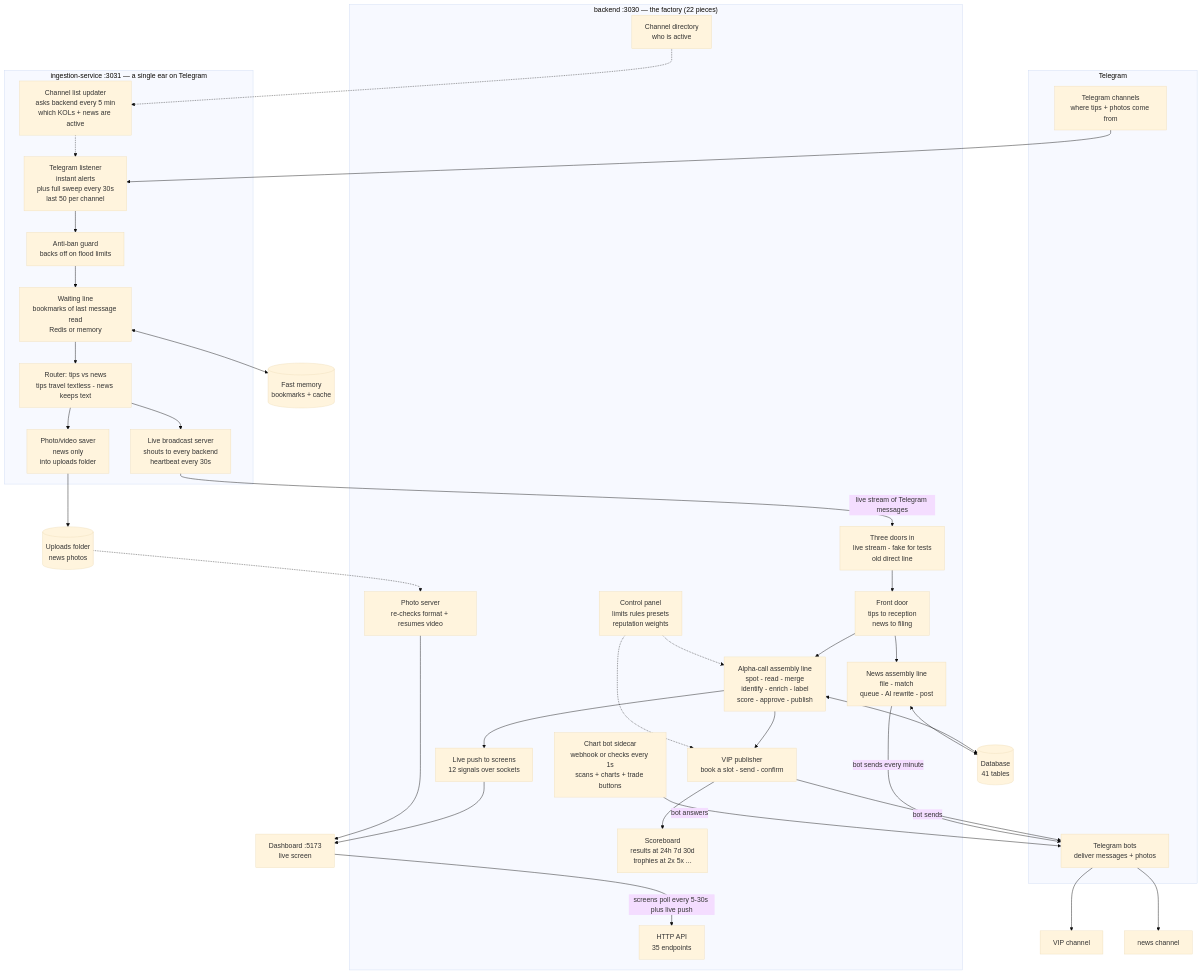
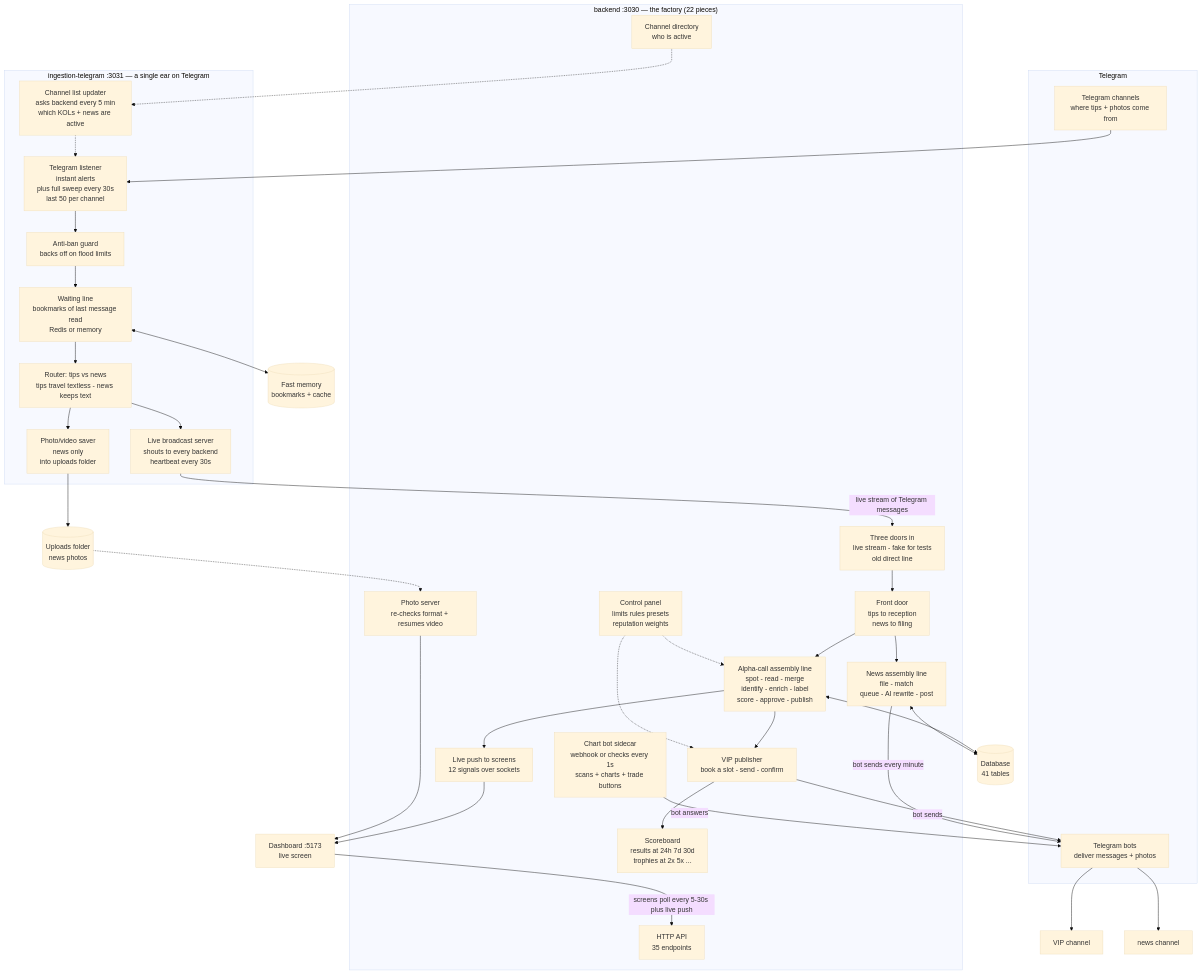
One commit to bryanstevensacosta/onchain-bot changed the first of 5 diagrams in README.md. Above: the diagram before and after it, drawn with Mermaid (base theme). The commit also changed other lines of this file and 362 other files, not shown here.

First line of the commit message:
chore(ingestion): rename ingestion-service to ingestion-telegram (#231)

````diff
--- a/README.md
+++ b/README.md
@@ -89,59 +89,59 @@
 ```mermaid
 flowchart TB
     subgraph TG["Telegram"]
         MT["Telegram channels<br/>where tips + photos come from"]
         BOT["Telegram bots<br/>deliver messages + photos"]
     end
 
-    subgraph ING["ingestion-service :3031 — a single ear on Telegram"]
+    subgraph ING["ingestion-telegram :3031 — a single ear on Telegram"]
         CHPROV["Channel list updater<br/>asks backend every 5 min<br/>which KOLs + news are active"]
         LIS["Telegram listener<br/>instant alerts<br/>plus full sweep every 30s<br/>last 50 per channel"]
         SAFE["Anti-ban guard<br/>backs off on flood limits"]
         Q["Waiting line<br/>bookmarks of last message read<br/>Redis or memory"]
         COORD["Router: tips vs news<br/>tips travel textless - news keeps text"]
         MEDIA["Photo/video saver<br/>news only<br/>into uploads folder"]
         SSE["Live broadcast server<br/>shouts to every backend<br/>heartbeat every 30s"]
     end
 
     subgraph BE["backend :3030 — the factory (22 pieces)"]
         MODE["Three doors in<br/>live stream - fake for tests<br/>old direct line"]
         ICOORD["Front door<br/>tips to reception<br/>news to filing"]
         PIPE["Alpha-call assembly line<br/>spot - read - merge<br/>identify - enrich - label<br/>score - approve - publish"]
         NEWSP["News assembly line<br/>file - match<br/>queue - AI rewrite - post"]
         PUBL["VIP publisher<br/>book a slot - send - confirm"]
         TRK["Scoreboard<br/>results at 24h 7d 30d<br/>trophies at 2x 5x ..."]
         DEX["Chart bot sidecar<br/>webhook or checks every 1s<br/>scans + charts + trade buttons"]
         WS["Live push to screens<br/>12 signals over sockets"]
         CFG["Control panel<br/>limits rules presets<br/>reputation weights"]
         IDS["Channel directory<br/>who is active"]
         MSRV["Photo server<br/>re-checks format + resumes video"]
         API["HTTP API<br/>35 endpoints"]
     end
 
     DB[(Database<br/>41 tables)]
     REDIS[(Fast memory<br/>bookmarks + cache)]
     UPL[(Uploads folder<br/>news photos)]
     FE["Dashboard :5173<br/>live screen"]
 
     MT --> LIS
     LIS --> SAFE --> Q --> COORD
     COORD --> MEDIA --> UPL
     COORD --> SSE
     CHPROV -.-> LIS
     IDS -.-> CHPROV
     SSE -- "live stream of Telegram messages" --> MODE --> ICOORD
     ICOORD --> PIPE --> PUBL
     ICOORD --> NEWSP
     PUBL --> TRK
     CFG -.-> PIPE
     CFG -.-> PUBL
     PIPE --> WS --> FE
     PUBL -- "bot sends" --> BOT --> VIP["VIP channel"]
     NEWSP -- "bot sends every minute" --> BOT --> NCH["news channel"]
     DEX -- "bot answers" --> BOT
     PIPE <--> DB
     NEWSP <--> DB
     Q <--> REDIS
     UPL -.-> MSRV --> FE
     FE -- "screens poll every 5-30s plus live push" --> API
 ```
````
